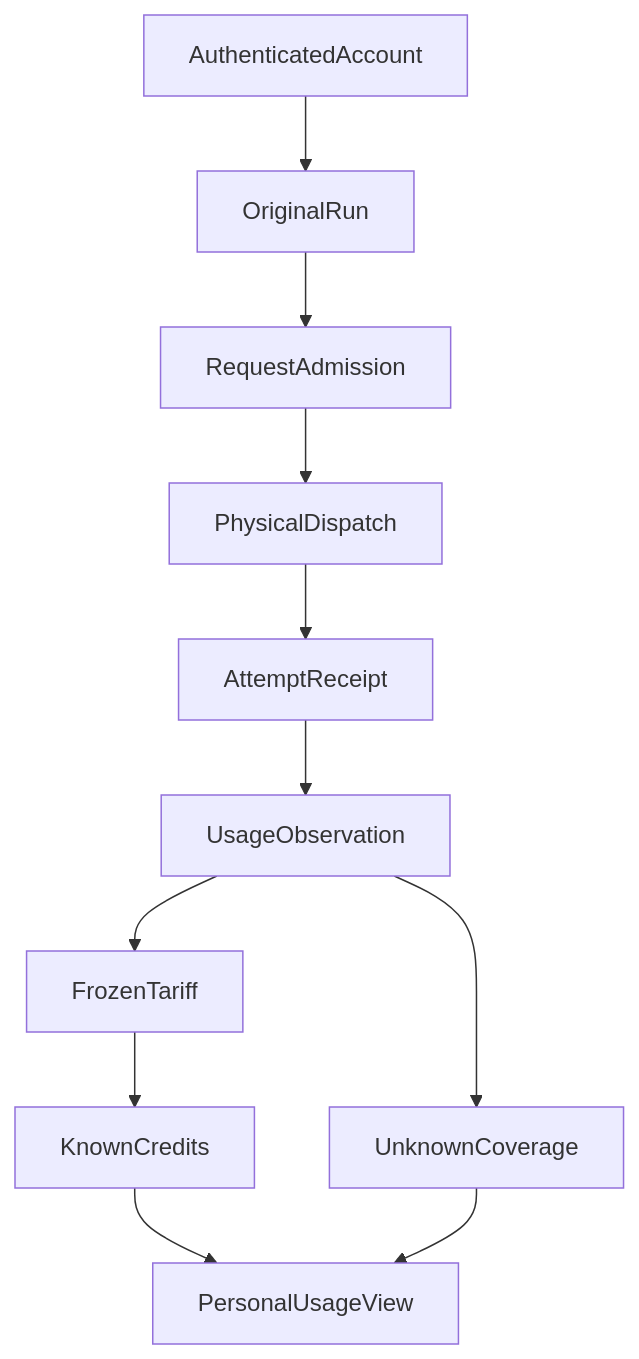
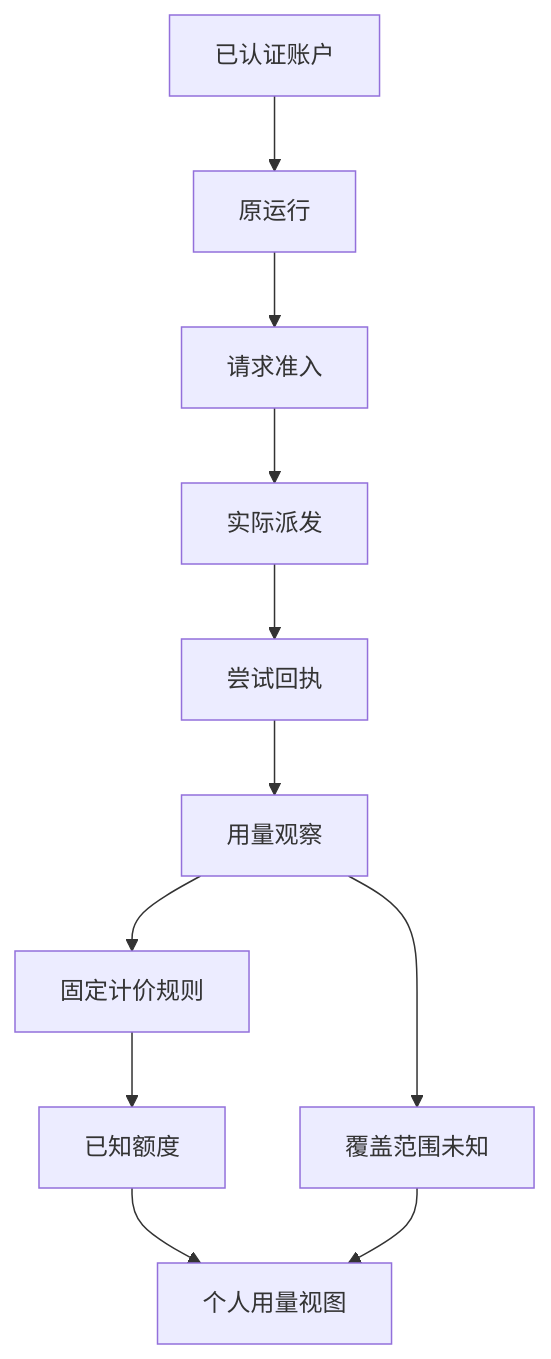
One commit to hpoenixf/eff-agent-article changed the diagram in articles/agent-personal-credits-shadow-accounting.md. Above: the diagram before and after it, drawn with Mermaid. The commit also changed 52 other files, not shown here.

Commit message:
docs: localize diagrams and clarify flagship guides

````diff
--- a/articles/agent-personal-credits-shadow-accounting.md
+++ b/articles/agent-personal-credits-shadow-accounting.md
@@ -25,13 +25,13 @@
 ```mermaid
 graph TD
-AuthenticatedAccount --> OriginalRun
-OriginalRun --> RequestAdmission
-RequestAdmission --> PhysicalDispatch
-PhysicalDispatch --> AttemptReceipt
-AttemptReceipt --> UsageObservation
-UsageObservation --> FrozenTariff
-FrozenTariff --> KnownCredits
-UsageObservation --> UnknownCoverage
-KnownCredits --> PersonalUsageView
+AuthenticatedAccount["已认证账户"] --> OriginalRun["原运行"]
+OriginalRun --> RequestAdmission["请求准入"]
+RequestAdmission --> PhysicalDispatch["实际派发"]
+PhysicalDispatch --> AttemptReceipt["尝试回执"]
+AttemptReceipt --> UsageObservation["用量观察"]
+UsageObservation --> FrozenTariff["固定计价规则"]
+FrozenTariff --> KnownCredits["已知额度"]
+UsageObservation --> UnknownCoverage["覆盖范围未知"]
+KnownCredits --> PersonalUsageView["个人用量视图"]
 UnknownCoverage --> PersonalUsageView
 ```
````
